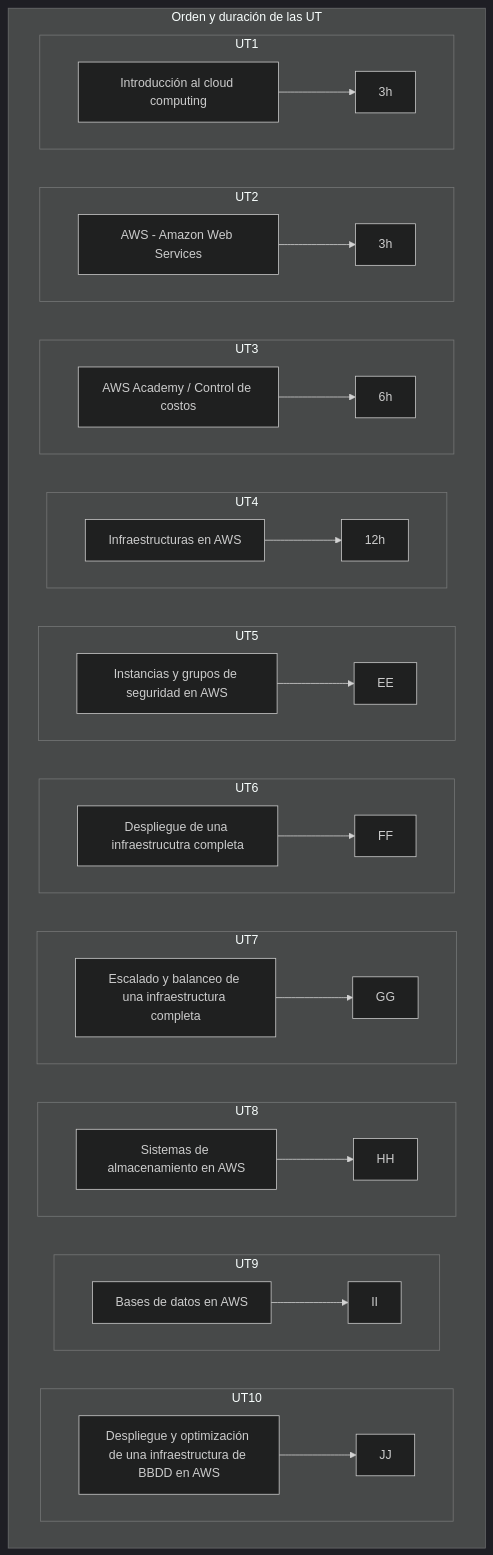
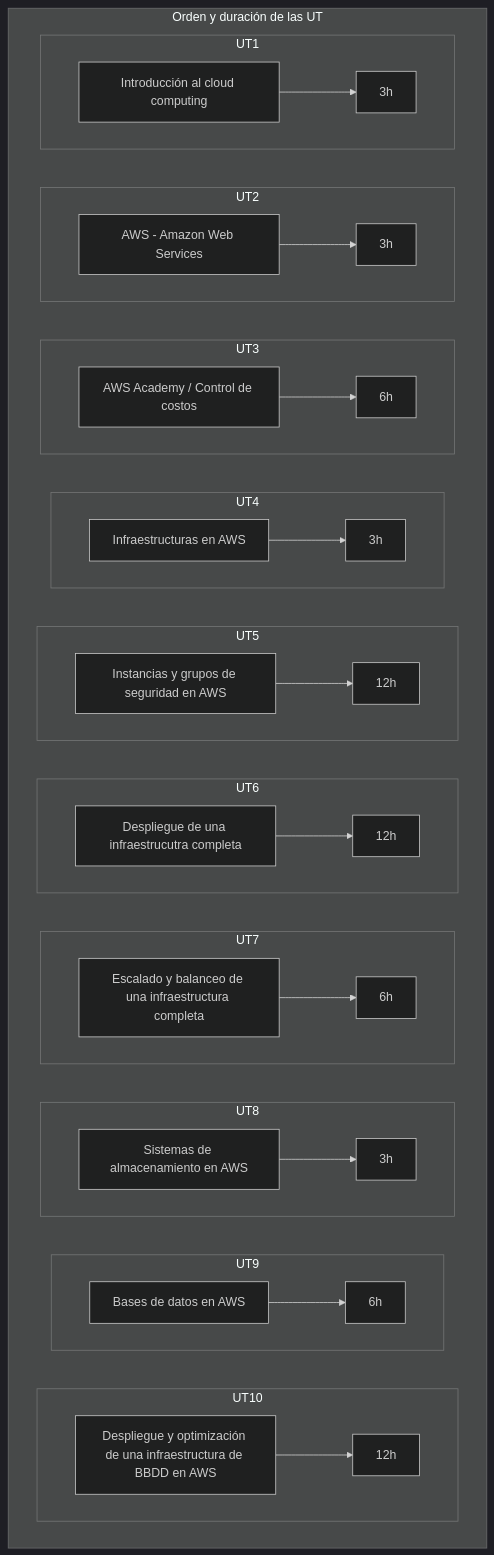
The diagram in docs/DAW/DAW_2/AWS/UT. 0-Temario.md (javieregeablasco/Apuntes), drawn with Mermaid (dark theme) before and after one commit.

Commit message:
Sep 7, 2026, 1:28 PM

````diff
--- a/docs/DAW/DAW_2/AWS/UT. 0-Temario.md
+++ b/docs/DAW/DAW_2/AWS/UT. 0-Temario.md
@@ -223,79 +223,79 @@
 ```mermaid
 flowchart TB 
   A["Introducción al cloud computing"]
   B["AWS - Amazon Web Services"]
   C["AWS Academy / Control de costos"]
   D["Infraestructuras en AWS"]
   E["Instancias y grupos de seguridad en AWS"]
   F["Despliegue de una infraestrucutra completa"]
   G["Escalado y balanceo de una infraestructura completa"]
   H["Sistemas de almacenamiento en AWS"]
   I["Bases de datos en AWS"]
   J["Despliegue y optimización de una infraestructura de BBDD en AWS"]
   AA["3h"]
   BB["3h"]
   CC["6h"]
   DD["3h"]
-  DD["12h"]
-  DD["12h"]
-  DD["6h"]
-  DD["3h"]
-  DD["6h"]
-  DD["12h"]
+  EE["12h"]
+  FF["12h"]
+  GG["6h"]
+  HH["3h"]
+  II["6h"]
+  JJ["12h"]
     
   subgraph Orden y duración de las UT
 
     subgraph UT10  
       direction LR
       J --> JJ
     end
 
 
     subgraph UT9  
       direction LR
       I --> II
     end
     
 
     subgraph UT8  
       direction LR
       H --> HH
     end
 
     subgraph UT7  
       direction LR
       G --> GG
     end
  
     subgraph UT6  
       direction LR
       F --> FF
     end
     
     subgraph UT5  
       direction LR
       E --> EE
     end
 
     subgraph UT4  
       direction LR
       D --> DD
     end
     
     subgraph UT3  
       direction LR
       C --> CC
     end
 
     subgraph UT2 
       direction LR
       B --> BB
     end  
 
     subgraph UT1 
       direction LR
       A --> AA
     end
 
   end
 ```
````
